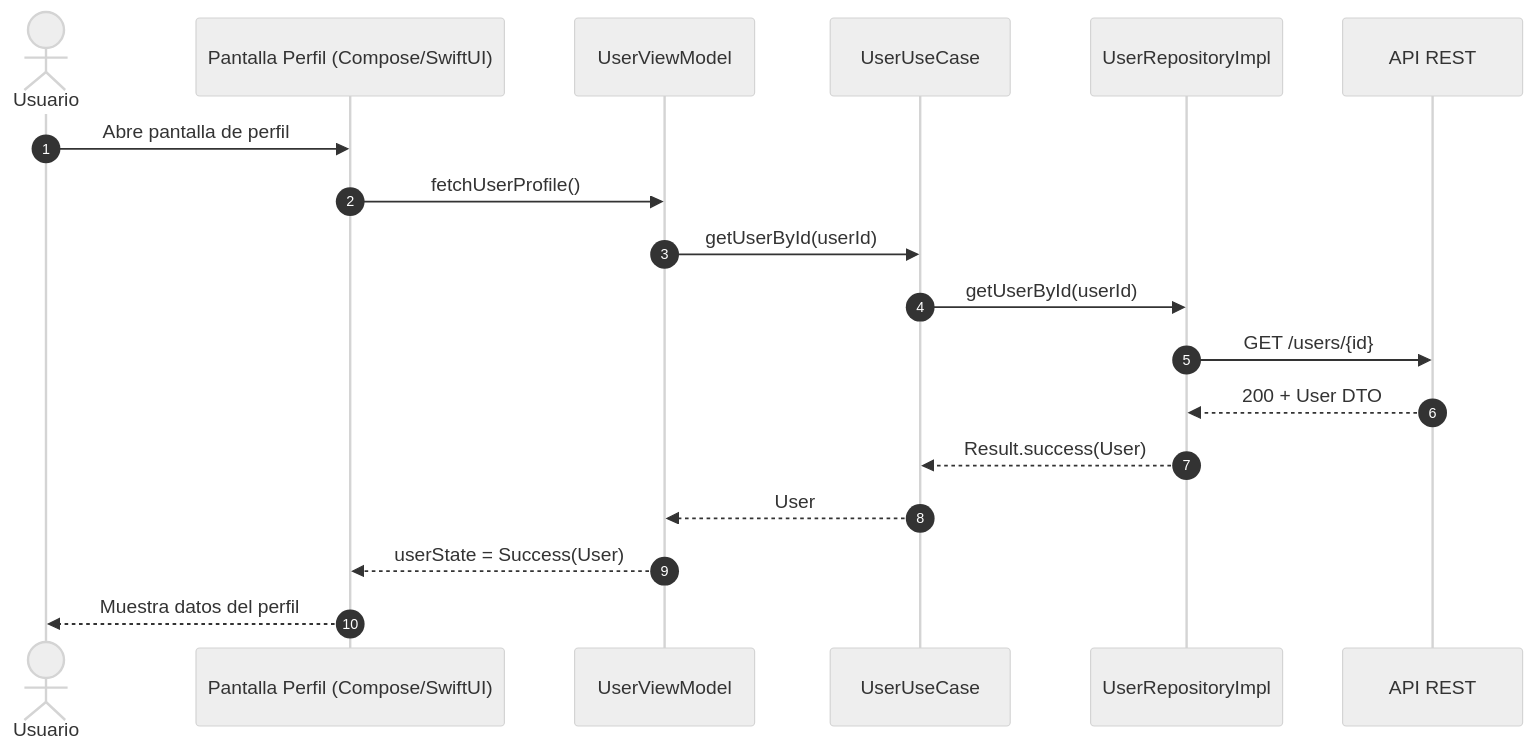
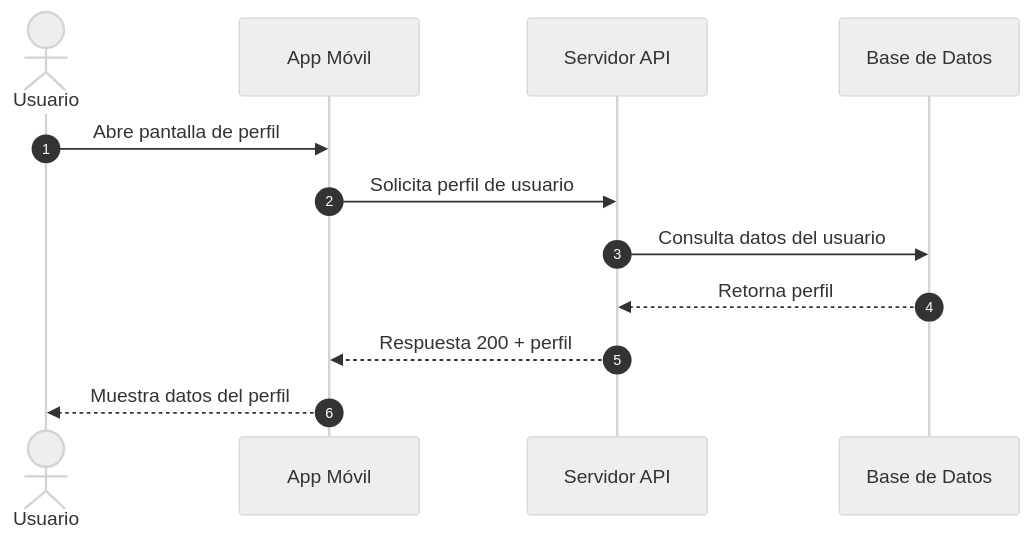
One commit to asobrados03/HumanPerformApp changed the first of 12 diagrams in docs/SEQUENCE_DIAGRAMS.md. Above: the diagram before and after it, drawn with Mermaid (neutral theme). The commit also changed other lines of this file, not shown here.

Commit message:
Ajustar diagrama de métodos de pago para usar Stripe

````diff
--- a/docs/SEQUENCE_DIAGRAMS.md
+++ b/docs/SEQUENCE_DIAGRAMS.md
@@ -7,21 +9,15 @@
 ```mermaid
 sequenceDiagram
     autonumber
     actor U as Usuario
-    participant UI as Pantalla Perfil (Compose/SwiftUI)
-    participant VM as UserViewModel
-    participant UC as UserUseCase
-    participant REPO as UserRepositoryImpl
-    participant API as API REST
+    participant APP as App Móvil
+    participant API as Servidor API
+    participant DB as Base de Datos
 
-    U->>UI: Abre pantalla de perfil
-    UI->>VM: fetchUserProfile()
-    VM->>UC: getUserById(userId)
-    UC->>REPO: getUserById(userId)
-    REPO->>API: GET /users/{id}
-    API-->>REPO: 200 + User DTO
-    REPO-->>UC: Result.success(User)
-    UC-->>VM: User
-    VM-->>UI: userState = Success(User)
-    UI-->>U: Muestra datos del perfil
+    U->>APP: Abre pantalla de perfil
+    APP->>API: Solicita perfil de usuario
+    API->>DB: Consulta datos del usuario
+    DB-->>API: Retorna perfil
+    API-->>APP: Respuesta 200 + perfil
+    APP-->>U: Muestra datos del perfil
 ```
````
